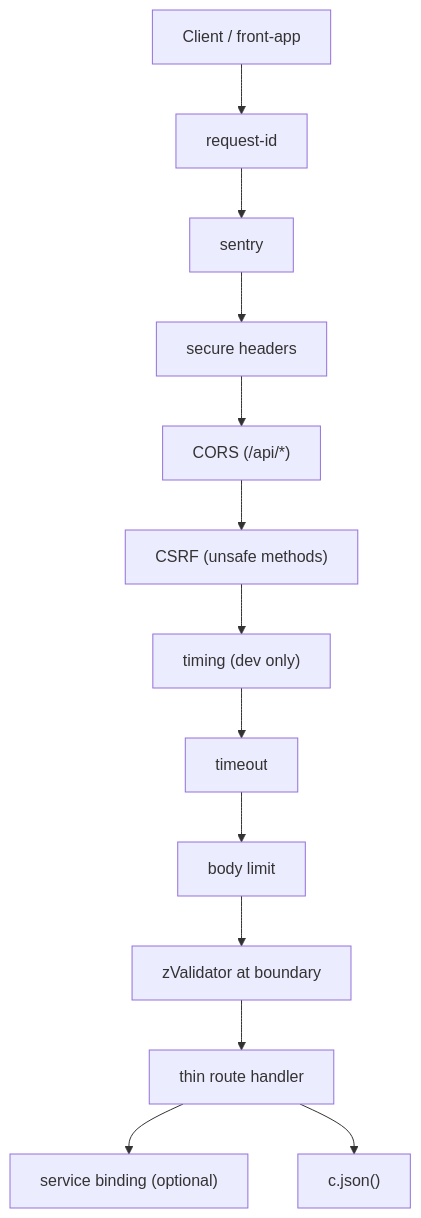
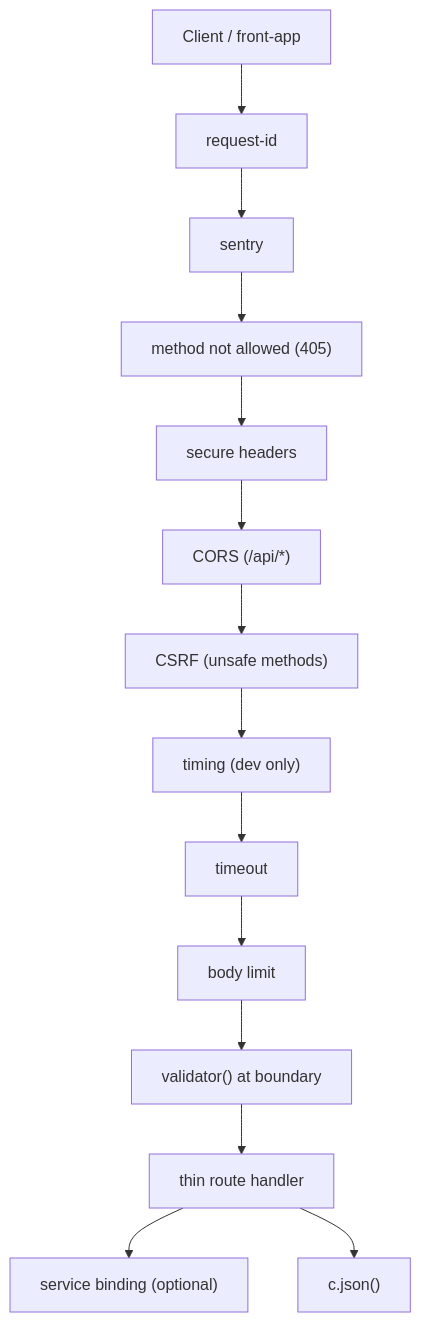
One commit to louisbrulenaudet/monorepo-template changed the diagram in .claude/rules/backend/hono-gateway.md. Above: the diagram before and after it, drawn with Mermaid. The commit also changed other lines of this file and 157 other files, not shown here.

````diff
--- a/.claude/rules/backend/hono-gateway.md
+++ b/.claude/rules/backend/hono-gateway.md
@@ -13,15 +14,16 @@
 ```mermaid
 flowchart TD
   Client["Client / front-app"] --> ReqId["request-id"]
   ReqId --> Sentry["sentry"]
-  Sentry --> Sec["secure headers"]
+  Sentry --> MNA["method not allowed (405)"]
+  MNA --> Sec["secure headers"]
   Sec --> CORS["CORS (/api/*)"]
   CORS --> CSRF["CSRF (unsafe methods)"]
   CSRF --> Timing["timing (dev only)"]
   Timing --> Timeout["timeout"]
   Timeout --> Body["body limit"]
-  Body --> Validation["zValidator at boundary"]
+  Body --> Validation["validator() at boundary"]
   Validation --> Handler["thin route handler"]
   Handler --> Binding["service binding (optional)"]
   Handler --> Response["c.json()"]
 ```
````
